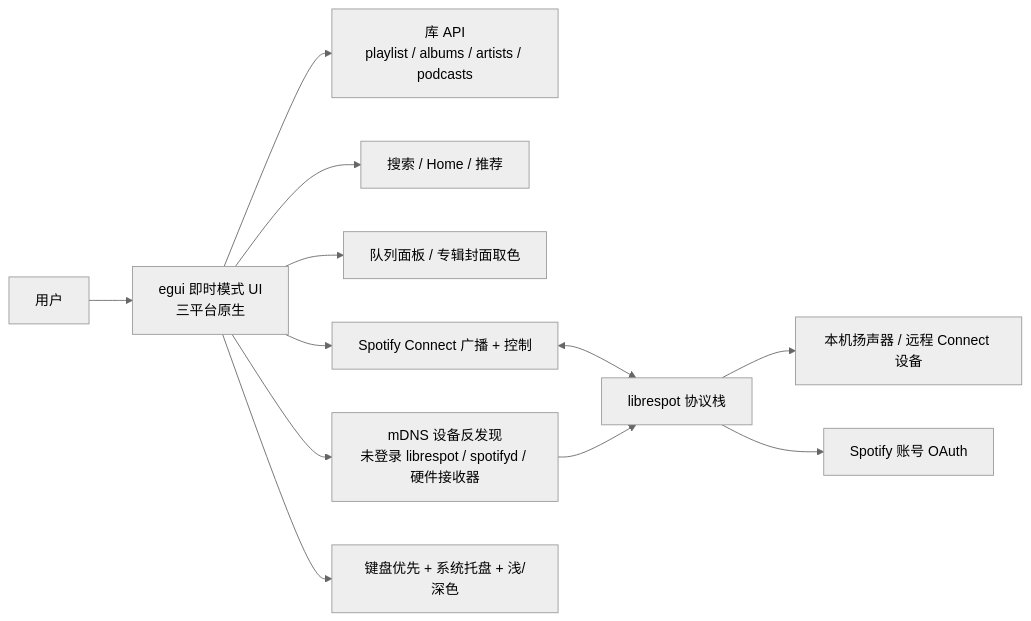
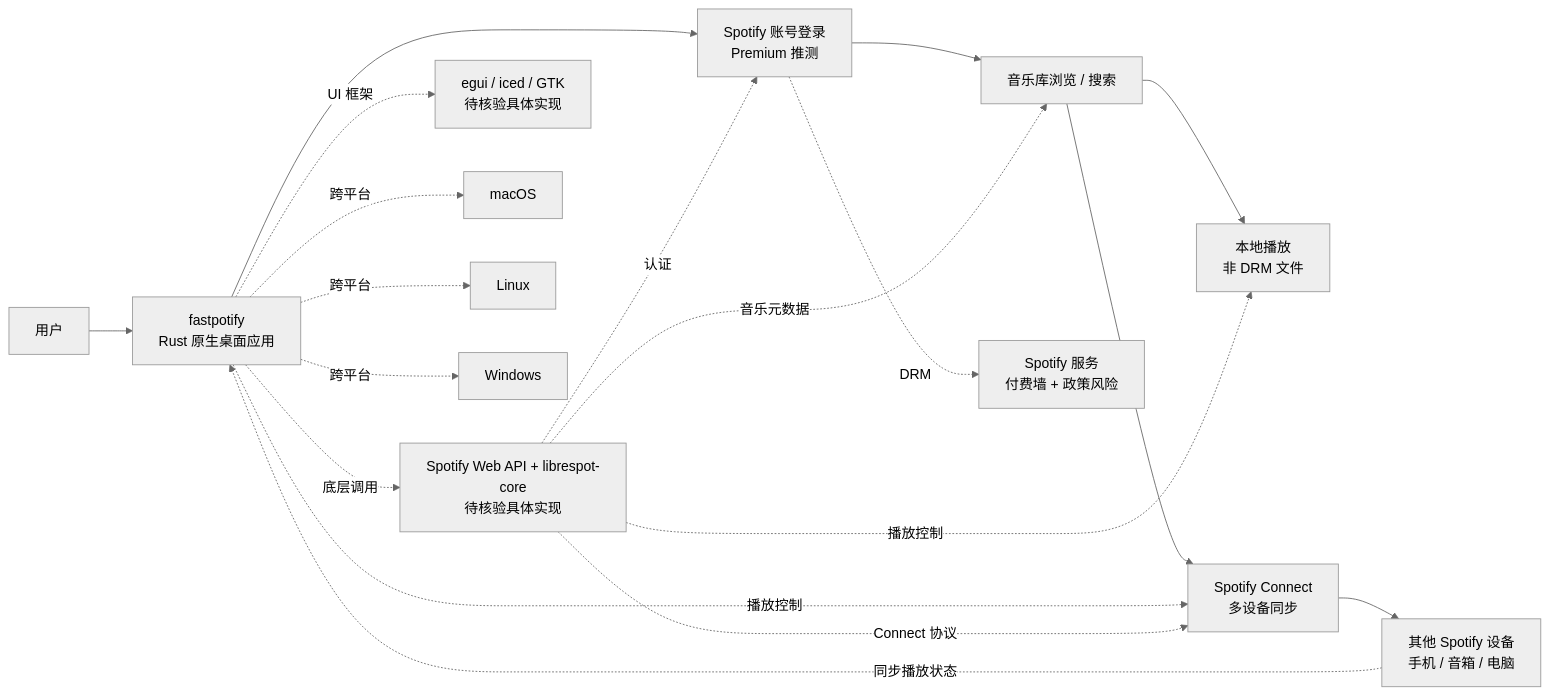
One commit to aiutil/github-researcher changed the diagram in projects/fastpotify.md. Above: the diagram before and after it, drawn with Mermaid (neutral theme). The commit also changed other lines of this file and 30 other files, not shown here.

````diff
--- a/projects/fastpotify.md
+++ b/projects/fastpotify.md
@@ -60,14 +63,21 @@
 ```mermaid
 flowchart LR
-  User[用户] --> UI[egui 即时模式 UI<br/>三平台原生]
-  UI --> Library[库 API<br/>playlist / albums / artists / podcasts]
-  UI --> Search[搜索 / Home / 推荐]
-  UI --> Queue[队列面板 / 专辑封面取色]
-  UI --> Connect[Spotify Connect 广播 + 控制]
-  Connect <--> librespot[librespot 协议栈]
-  librespot --> Speaker[本机扬声器 / 远程 Connect 设备]
-  librespot --> Account[Spotify 账号 OAuth]
-  UI --> mDNS[mDNS 设备反发现<br/>未登录 librespot / spotifyd / 硬件接收器]
-  mDNS --> librespot
-  UI --> KB[键盘优先 + 系统托盘 + 浅/深色]
+  User[用户] --> App[fastpotify<br/>Rust 原生桌面应用]
+  App --> Login[Spotify 账号登录<br/>Premium 推测]
+  Login --> Library[音乐库浏览 / 搜索]
+  Library --> Local[本地播放<br/>非 DRM 文件]
+  Library --> Connect[Spotify Connect<br/>多设备同步]
+  Connect --> Device1[其他 Spotify 设备<br/>手机 / 音箱 / 电脑]
+  Device1 -.同步播放状态.-> App
+  App -.播放控制.-> Connect
+  App -.底层调用.-> SpotifyAPI[Spotify Web API + librespot-core<br/>待核验具体实现]
+  SpotifyAPI -.认证.-> Login
+  SpotifyAPI -.音乐元数据.-> Library
+  SpotifyAPI -.播放控制.-> Local
+  SpotifyAPI -.Connect 协议.-> Connect
+  App -.UI 框架.-> UI[egui / iced / GTK<br/>待核验具体实现]
+  App -.跨平台.-> Mac[macOS]
+  App -.跨平台.-> Linux[Linux]
+  App -.跨平台.-> Win[Windows]
+  Login -.DRM.-> Spotify[Spotify 服务<br/>付费墙 + 政策风险]
 ```
````
